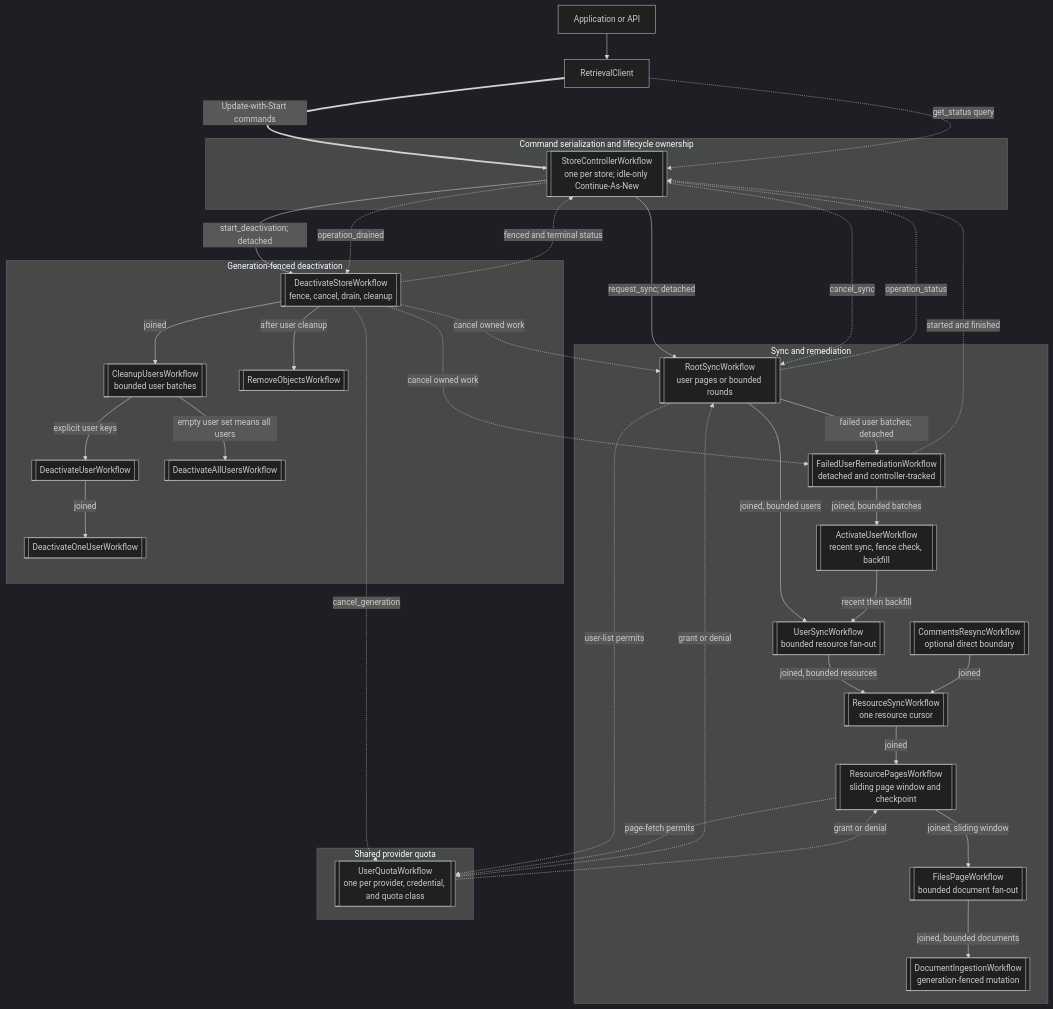
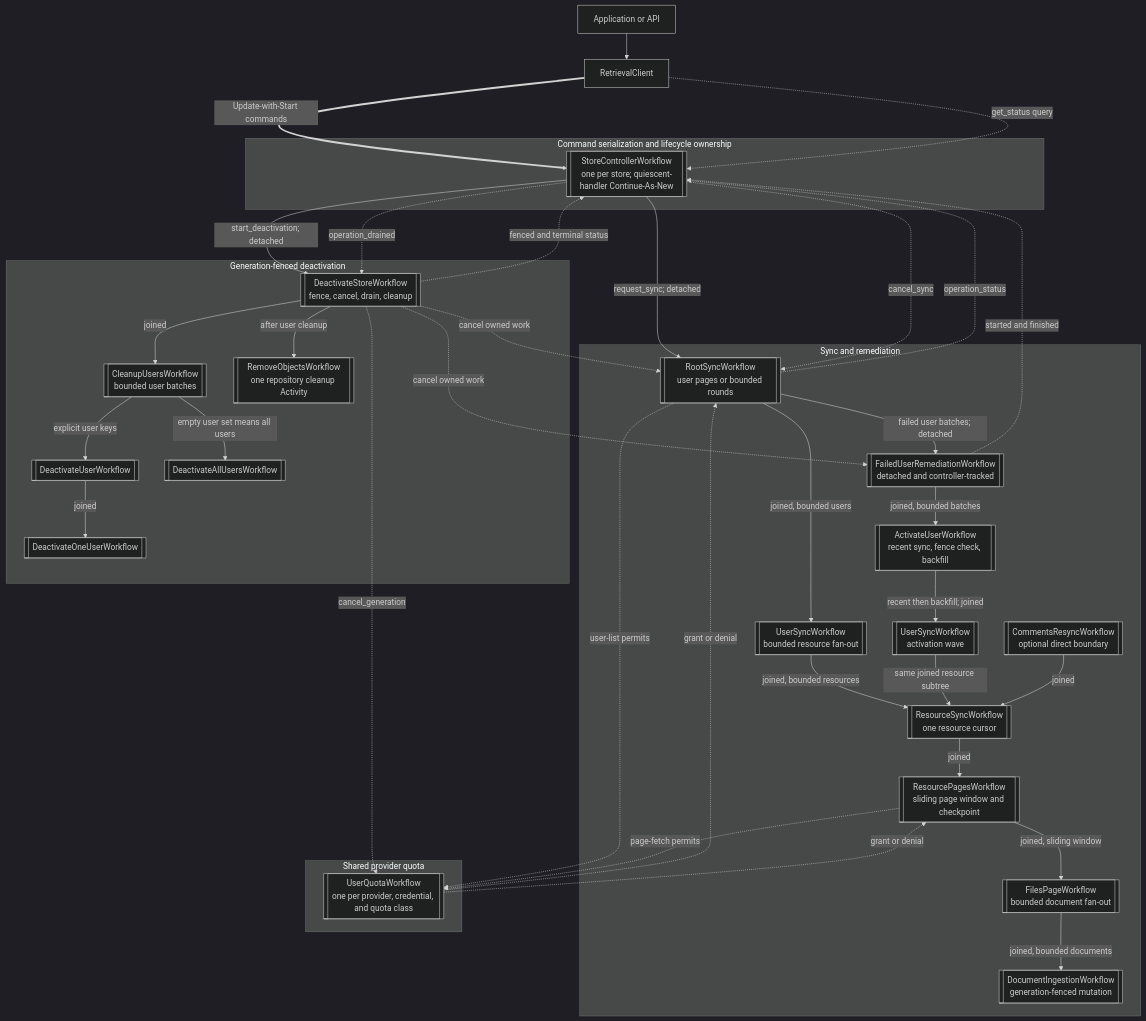
One commit to temporal-sa/golden-retriever changed the third of 7 diagrams in docs/workflow-topology.md. Above: the diagram before and after it, drawn with Mermaid (dark theme). The commit also changed other lines of this file and 9 other files, not shown here.

````diff
--- a/docs/workflow-topology.md
+++ b/docs/workflow-topology.md
@@ -36,71 +86,73 @@
 ```mermaid
 flowchart TB
     app["Application or API"]
     client["RetrievalClient"]
 
     subgraph control["Command serialization and lifecycle ownership"]
-        controller[["StoreControllerWorkflow<br/>one per store; idle-only Continue-As-New"]]
+        controller[["StoreControllerWorkflow<br/>one per store; quiescent-handler Continue-As-New"]]
     end
 
     subgraph sync["Sync and remediation"]
         root[["RootSyncWorkflow<br/>user pages or bounded rounds"]]
         user[["UserSyncWorkflow<br/>bounded resource fan-out"]]
         resource[["ResourceSyncWorkflow<br/>one resource cursor"]]
         pages[["ResourcePagesWorkflow<br/>sliding page window and checkpoint"]]
         files[["FilesPageWorkflow<br/>bounded document fan-out"]]
         document[["DocumentIngestionWorkflow<br/>generation-fenced mutation"]]
         remediation[["FailedUserRemediationWorkflow<br/>detached and controller-tracked"]]
         activate[["ActivateUserWorkflow<br/>recent sync, fence check, backfill"]]
+        activationUser[["UserSyncWorkflow<br/>activation wave"]]
         comments[["CommentsResyncWorkflow<br/>optional direct boundary"]]
 
         root -->|"joined, bounded users"| user
         user -->|"joined, bounded resources"| resource
         resource -->|"joined"| pages
         pages -->|"joined, sliding window"| files
         files -->|"joined, bounded documents"| document
         root -->|"failed user batches; detached"| remediation
         remediation -->|"joined, bounded batches"| activate
-        activate -->|"recent then backfill"| user
+        activate -->|"recent then backfill; joined"| activationUser
+        activationUser -->|"same joined resource subtree"| resource
         comments -->|"joined"| resource
     end
 
     subgraph quota["Shared provider quota"]
         userQuota[["UserQuotaWorkflow<br/>one per provider, credential, and quota class"]]
     end
 
     subgraph deactivate["Generation-fenced deactivation"]
         deactivateStore[["DeactivateStoreWorkflow<br/>fence, cancel, drain, cleanup"]]
         cleanupUsers[["CleanupUsersWorkflow<br/>bounded user batches"]]
         deactivateUser[["DeactivateUserWorkflow"]]
         deactivateOne[["DeactivateOneUserWorkflow"]]
         deactivateAll[["DeactivateAllUsersWorkflow"]]
-        removeObjects[["RemoveObjectsWorkflow"]]
+        removeObjects[["RemoveObjectsWorkflow<br/>one repository cleanup Activity"]]
 
         deactivateStore -->|"joined"| cleanupUsers
         cleanupUsers -->|"explicit user keys"| deactivateUser
         deactivateUser -->|"joined"| deactivateOne
         cleanupUsers -->|"empty user set means all users"| deactivateAll
         deactivateStore -->|"after user cleanup"| removeObjects
     end
 
     app --> client
     client ==>|"Update-with-Start commands"| controller
     client -.->|"get_status query"| controller
     controller -->|"request_sync; detached"| root
     controller -->|"start_deactivation; detached"| deactivateStore
     controller -.->|"cancel_sync"| root
 
     root -.->|"operation_status"| controller
     remediation -.->|"started and finished"| controller
     deactivateStore -.->|"fenced and terminal status"| controller
 
     root -.->|"user-list permits"| userQuota
     pages -.->|"page-fetch permits"| userQuota
     userQuota -.->|"grant or denial"| root
     userQuota -.->|"grant or denial"| pages
 
     deactivateStore -.->|"cancel owned work"| root
     deactivateStore -.->|"cancel owned work"| remediation
     deactivateStore -.->|"cancel_generation"| userQuota
     controller -.->|"operation_drained"| deactivateStore
 ```
````
